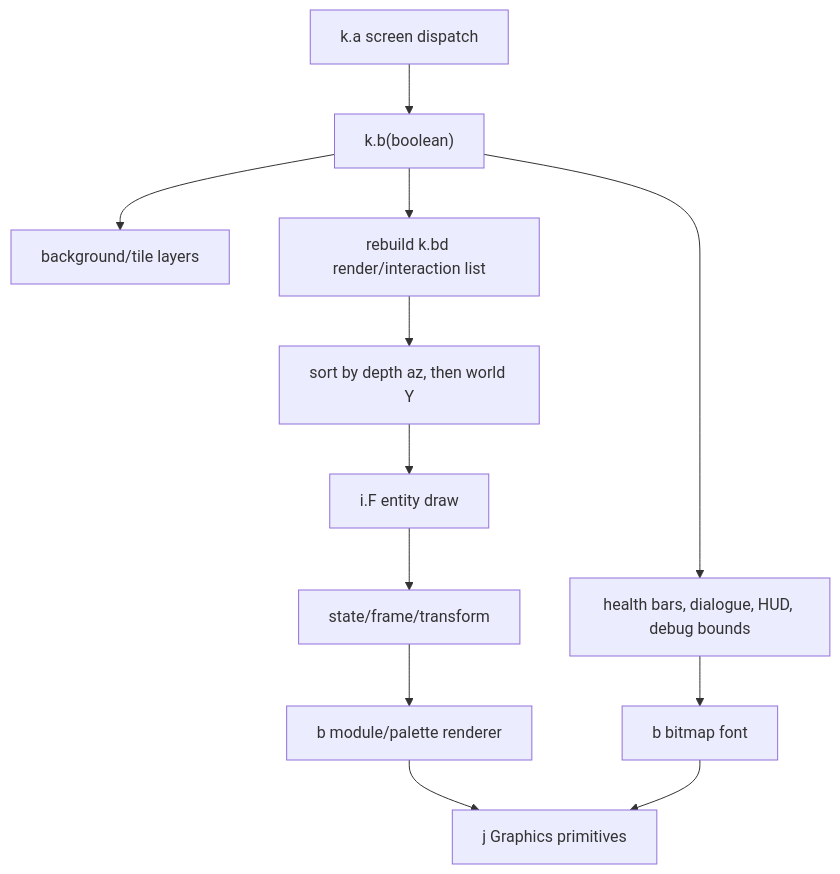
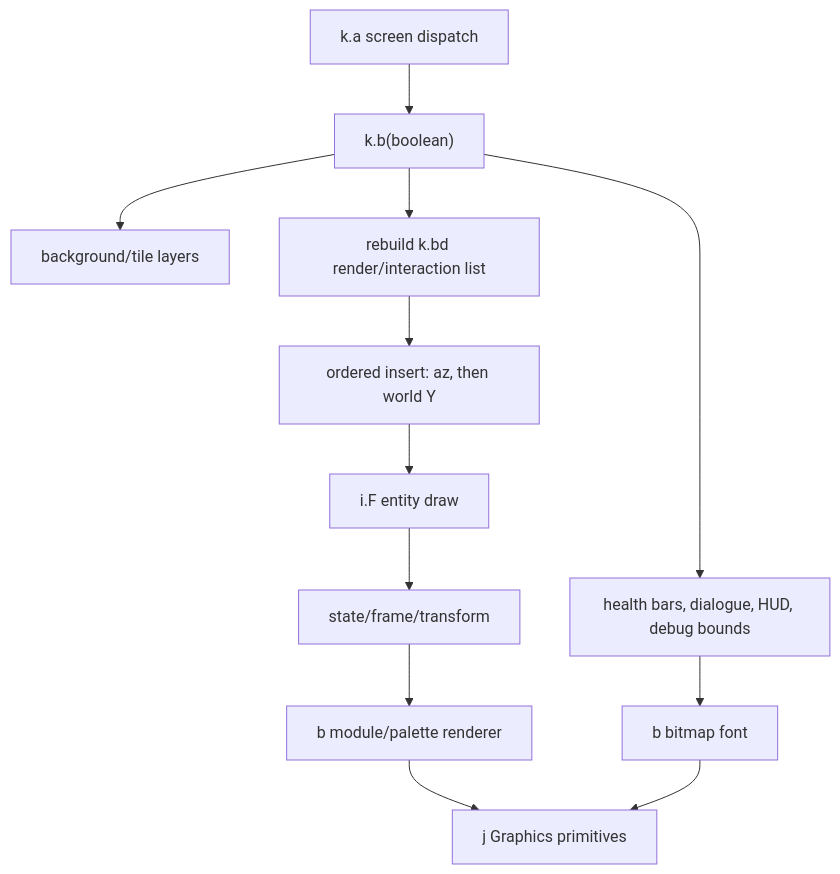
One commit to dantech0xff/ac-brother-hood-mobile-port changed diagram 11 of 12 in docs/inferred-legacy-game-architecture.md. Above: the diagram before and after it, drawn with Mermaid. The commit also changed other lines of this file and 33 other files, not shown here.

````diff
--- a/docs/inferred-legacy-game-architecture.md
+++ b/docs/inferred-legacy-game-architecture.md
@@ -801,14 +826,14 @@
 ```mermaid
 flowchart TD
     Screen["k.a screen dispatch"] --> WorldDraw["k.b(boolean)"]
     WorldDraw --> Tiles["background/tile layers"]
     WorldDraw --> Queue["rebuild k.bd render/interaction list"]
-    Queue --> Sort["sort by depth az, then world Y"]
+    Queue --> Sort["ordered insert: az, then world Y"]
     Sort --> EntityDraw["i.F entity draw"]
     EntityDraw --> Animation["state/frame/transform"]
     Animation --> Sprite["b module/palette renderer"]
     WorldDraw --> Overlay["health bars, dialogue, HUD, debug bounds"]
     Overlay --> Font["b bitmap font"]
     Sprite --> Graphics["j Graphics primitives"]
     Font --> Graphics
 ```
````
